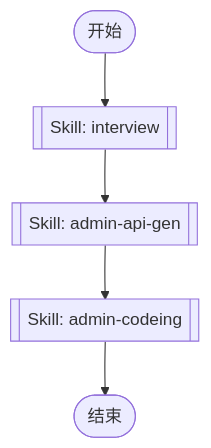
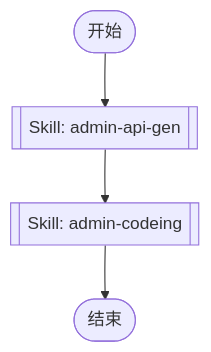
The diagram in .claude/commands/admin-dev.md (fzf-labs/ai-boilerplate), drawn with Mermaid before and after one commit. The commit also changed other lines of this file and 8 other files, not shown here.

````diff
--- a/.claude/commands/admin-dev.md
+++ b/.claude/commands/admin-dev.md
@@ -5,13 +5,11 @@
 ```mermaid
 flowchart TD
     start_node_default([开始])
     end_node_default([结束])
-    skill_1768099887308[[Skill: interview]]
     skill_1768099899757[[Skill: admin-api-gen]]
     skill_1768099911056[[Skill: admin-codeing]]
 
-    start_node_default --> skill_1768099887308
-    skill_1768099887308 --> skill_1768099899757
+    start_node_default  --> skill_1768099899757
     skill_1768099899757 --> skill_1768099911056
     skill_1768099911056 --> end_node_default
 ```
````
